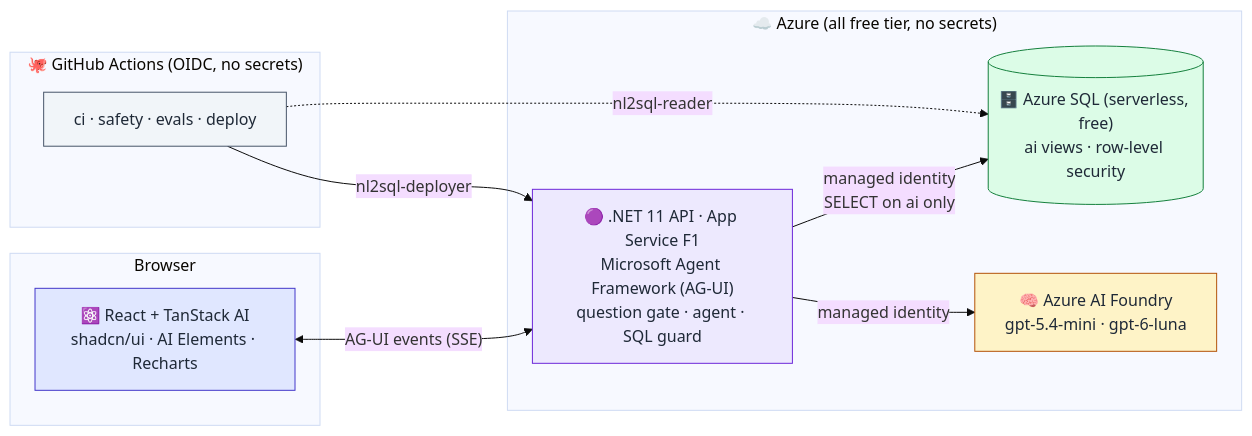
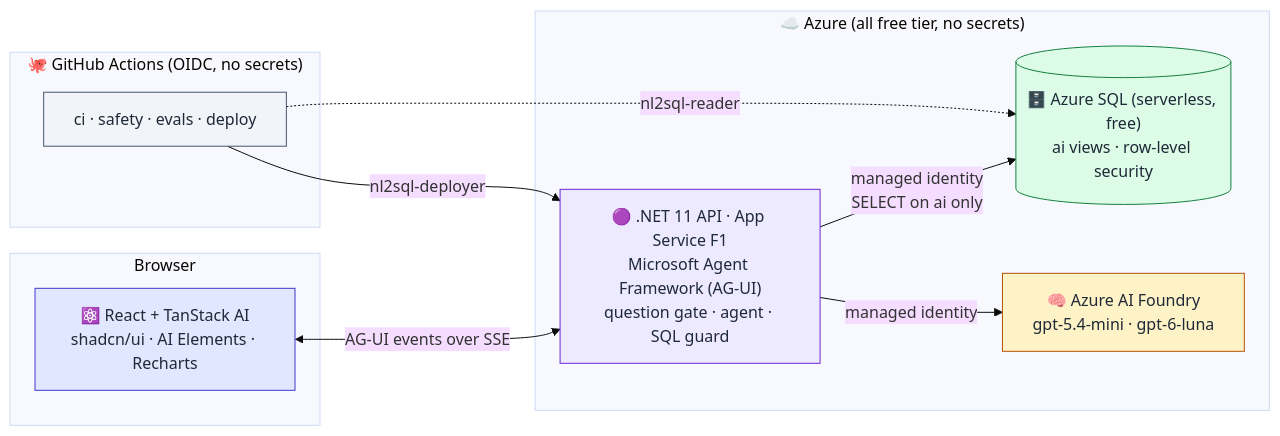
Before and after one commit to prabh-62/nl2sql-agent: the third of 3 diagrams in README.md, drawn with Mermaid. The commit also changed other lines of this file, not shown here.

Commit message:
docs: use diagram syntax GitHub's Mermaid renders

````diff
--- a/README.md
+++ b/README.md
@@ -101,31 +101,31 @@
 ```mermaid
 %%{init: {'theme':'base'}}%%
 flowchart LR
     subgraph Browser
         UI["⚛️ React + TanStack AI<br/>shadcn/ui · AI Elements · Recharts"]
     end
     subgraph Azure["☁️ Azure (all free tier, no secrets)"]
         API["🟣 .NET 11 API · App Service F1<br/>Microsoft Agent Framework (AG-UI)<br/>question gate · agent · SQL guard"]
         SQL[("🗄️ Azure SQL (serverless, free)<br/>ai views · row-level security")]
         AI["🧠 Azure AI Foundry<br/>gpt-5.4-mini · gpt-6-luna"]
     end
     subgraph GitHub["🐙 GitHub Actions (OIDC, no secrets)"]
         CI["ci · safety · evals · deploy"]
     end
-    UI <-- "AG-UI events (SSE)" --> API
+    UI <-->|"AG-UI events over SSE"| API
     API -- "managed identity<br/>SELECT on ai only" --> SQL
     API -- "managed identity" --> AI
     CI -- "nl2sql-deployer" --> API
     CI -. "nl2sql-reader" .-> SQL
 
     classDef web fill:#e0e7ff,stroke:#4338ca,color:#1f2937;
     classDef app fill:#ede9fe,stroke:#6d28d9,color:#1f2937;
     classDef data fill:#dcfce7,stroke:#15803d,color:#1f2937;
     classDef ai fill:#fef3c7,stroke:#b45309,color:#1f2937;
     classDef ci fill:#f1f5f9,stroke:#475569,color:#1f2937;
     class UI web;
     class API app;
     class SQL data;
     class AI ai;
     class CI ci;
 ```
````
